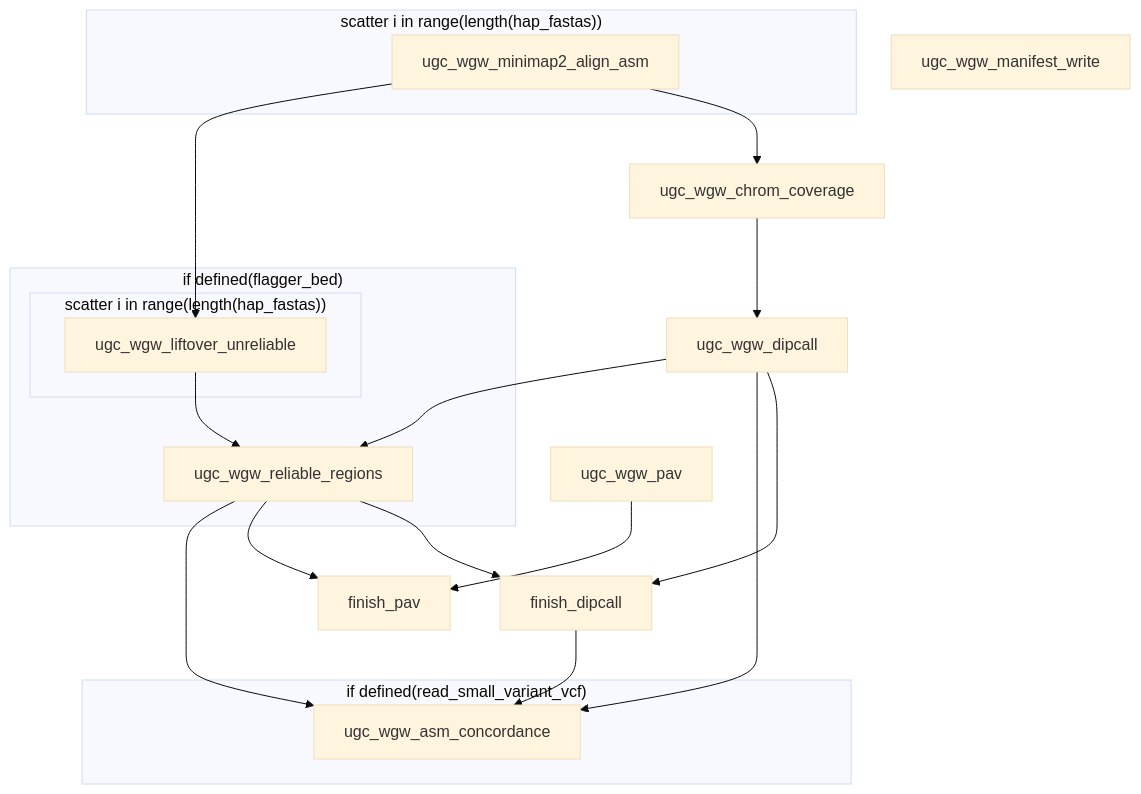
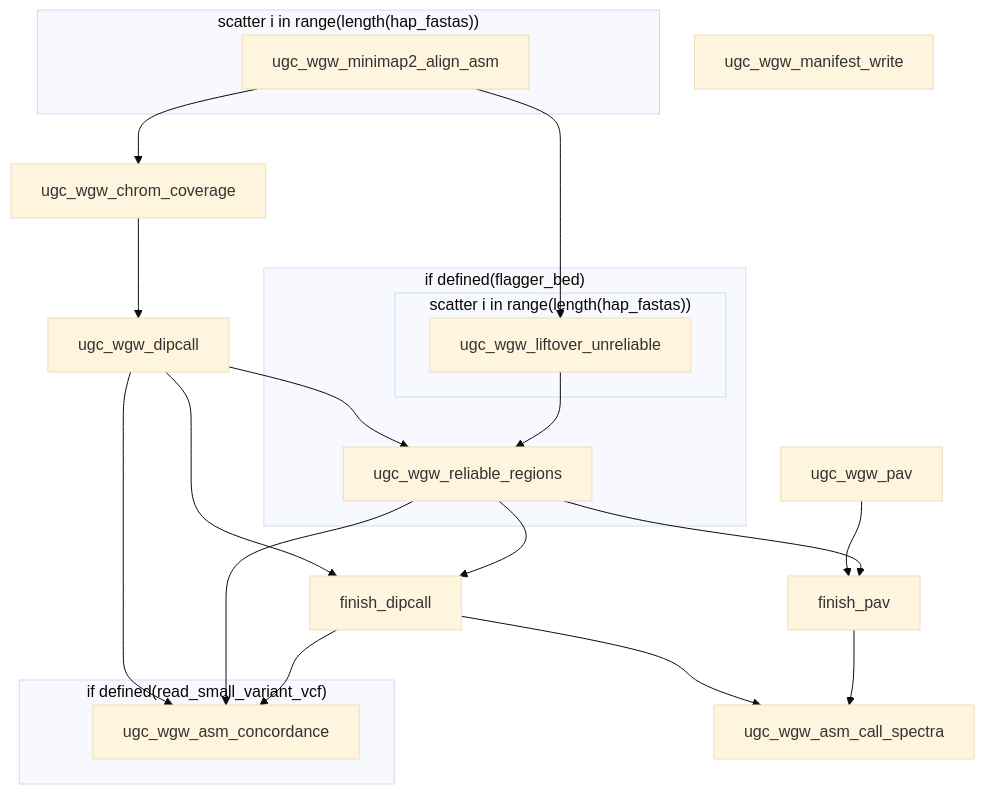
One commit to UppsalaGenomeCenter/ugc-wgw changed the eighth of 9 diagrams in docs/guide/workflow-graphs.md. Above: the diagram before and after it, drawn with Mermaid (base theme). The commit also changed other lines of this file and 44 other files, not shown here.

First line of the commit message:
ugc-wgw 0.12.0

````diff
--- a/docs/guide/workflow-graphs.md
+++ b/docs/guide/workflow-graphs.md
@@ -504,33 +507,36 @@
 ```mermaid
 flowchart TD
   subgraph s1["scatter i in range(length(hap_fastas))"]
     n1["ugc_wgw_minimap2_align_asm"]
   end
   n2["ugc_wgw_chrom_coverage"]
   n3["ugc_wgw_dipcall"]
   n4["ugc_wgw_pav"]
   subgraph s2["if defined(flagger_bed)"]
     subgraph s3["scatter i in range(length(hap_fastas))"]
       n5["ugc_wgw_liftover_unreliable"]
     end
     n6["ugc_wgw_reliable_regions"]
   end
   n7["finish_dipcall"]
   n8["finish_pav"]
+  n9["ugc_wgw_asm_call_spectra"]
   subgraph s4["if defined(read_small_variant_vcf)"]
-    n9["ugc_wgw_asm_concordance"]
+    n10["ugc_wgw_asm_concordance"]
   end
-  n10["ugc_wgw_manifest_write"]
+  n11["ugc_wgw_manifest_write"]
   n1 --> n2
   n1 --> n5
   n2 --> n3
   n3 --> n6
   n3 --> n7
-  n3 --> n9
+  n3 --> n10
   n4 --> n8
   n5 --> n6
   n6 --> n7
   n6 --> n8
-  n6 --> n9
+  n6 --> n10
   n7 --> n9
+  n7 --> n10
+  n8 --> n9
 ```
````
